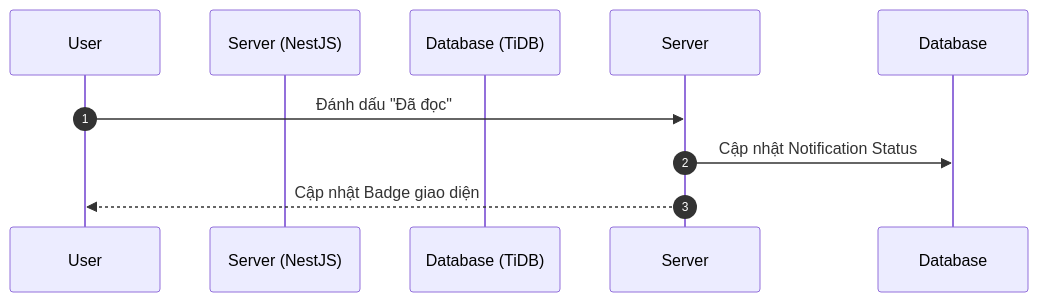
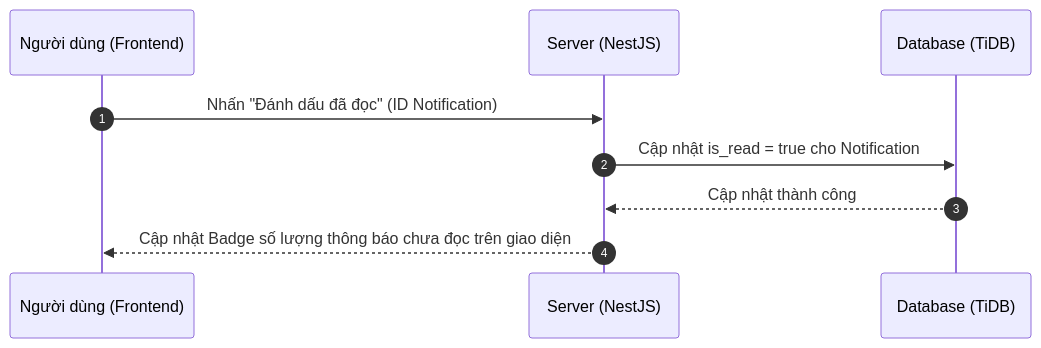
Diagram 11 of 25 in doc.md (Loisori/SCI-ITF-Canhan42_TrinhSuTruongThi), drawn with Mermaid before and after one commit. The commit also changed other lines of this file and 1 other file, not shown here.

````diff
--- a/doc.md
+++ b/doc.md
@@ -1239,11 +1299,12 @@
 ```mermaid
 sequenceDiagram
     autonumber
-    participant U as User
+    participant U as Người dùng (Frontend)
     participant S as Server (NestJS)
     participant D as Database (TiDB)
 
-    U->>Server: Đánh dấu "Đã đọc"
-    Server->>Database: Cập nhật Notification Status
-    Server-->>U: Cập nhật Badge giao diện
+    U->>S: Nhấn "Đánh dấu đã đọc" (ID Notification)
+    S->>D: Cập nhật is_read = true cho Notification
+    D-->>S: Cập nhật thành công
+    S-->>U: Cập nhật Badge số lượng thông báo chưa đọc trên giao diện
 ```
````
